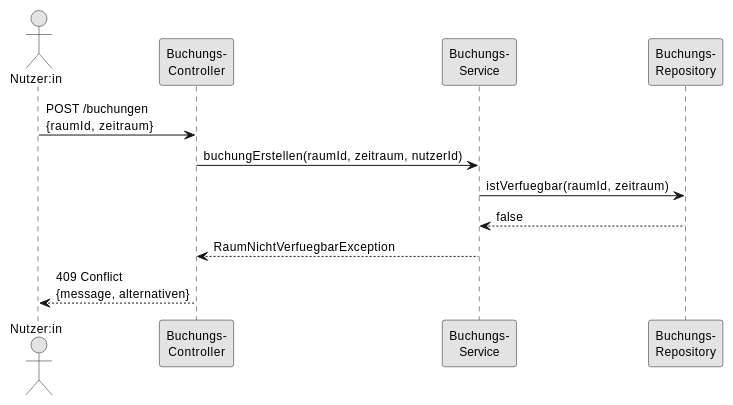
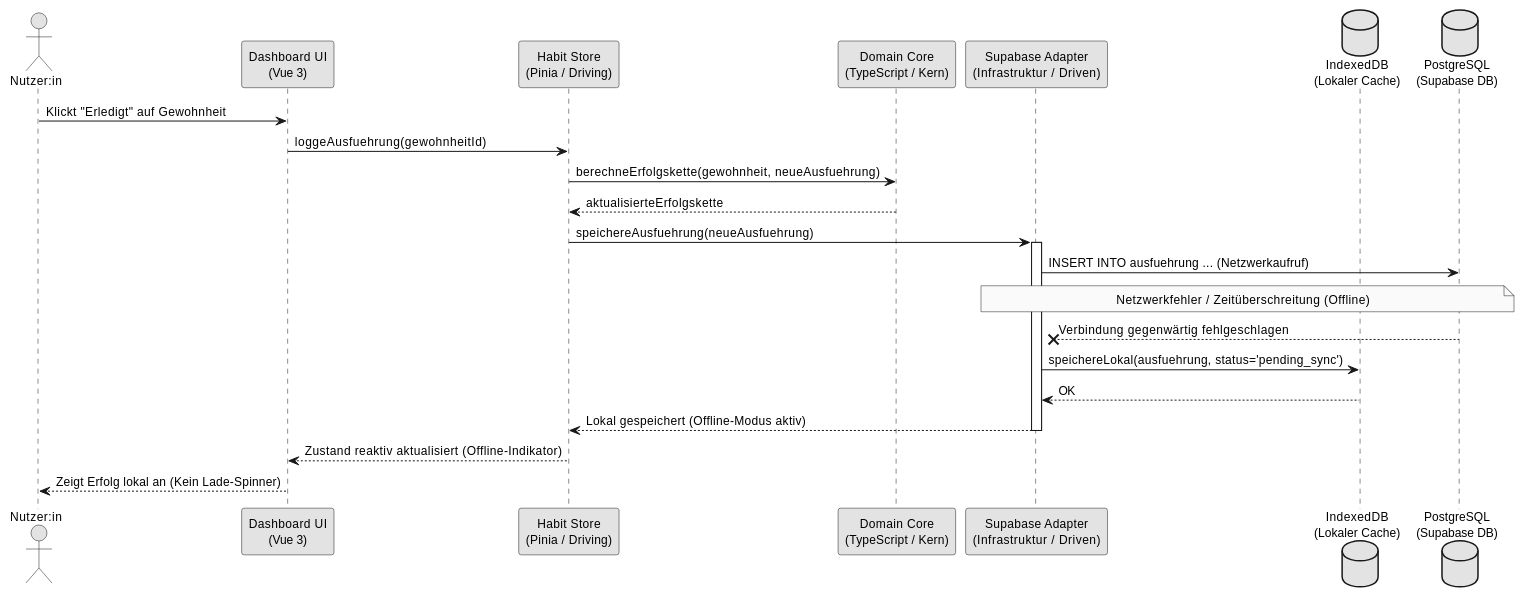
The fourth of 5 diagrams in docs/technical/design.adoc (stttxxnn/se1-habittracker), drawn with PlantUML before and after one commit. The commit also changed other lines of this file and 4 other files, not shown here.

Commit message:
docs: aktualisieren und korrigieren vom  product concept and technical architecture for walking skeleton

```diff
--- a/docs/technical/design.adoc
+++ b/docs/technical/design.adoc
@@ -217,20 +192,32 @@
-[plantuml, sequence-conflict, svg]
+[plantuml, sequence-logging-offline, svg]
 ....
 @startuml
 skinparam monochrome true
 skinparam defaultFontSize 12
 
 actor "Nutzer:in" as user
-participant "Buchungs-\nController" as ctrl
-participant "Buchungs-\nService" as svc
-participant "Buchungs-\nRepository" as repo
+participant "Dashboard UI\n(Vue 3)" as ui
+participant "Habit Store\n(Pinia / Driving)" as store
+participant "Domain Core\n(TypeScript / Kern)" as domain
+participant "Supabase Adapter\n(Infrastruktur / Driven)" as adapter
+database "IndexedDB\n(Lokaler Cache)" as cache
+database "PostgreSQL\n(Supabase DB)" as db
 
-user -> ctrl : POST /buchungen\n{raumId, zeitraum}
-ctrl -> svc : buchungErstellen(raumId, zeitraum, nutzerId)
-svc -> repo : istVerfuegbar(raumId, zeitraum)
-repo --> svc : false
-svc --> ctrl : RaumNichtVerfuegbarException
-ctrl --> user : 409 Conflict\n{message, alternativen}
+user -> ui : Klickt "Erledigt" auf Gewohnheit
+ui -> store : loggeAusfuehrung(gewohnheitId)
+store -> domain : berechneErfolgskette(gewohnheit, neueAusfuehrung)
+domain --> store : aktualisierteErfolgskette
+store -> adapter : speichereAusfuehrung(neueAusfuehrung)
+activate adapter
+adapter -> db : INSERT INTO ausfuehrung ... (Netzwerkaufruf)
+note over adapter, db : Netzwerkfehler / Zeitüberschreitung (Offline)
+db --X adapter : Verbindung gegenwärtig fehlgeschlagen
+adapter -> cache : speichereLokal(ausfuehrung, status='pending_sync')
+cache --> adapter : OK
+adapter --> store : Lokal gespeichert (Offline-Modus aktiv)
+deactivate adapter
+store --> ui : Zustand reaktiv aktualisiert (Offline-Indikator)
+ui --> user : Zeigt Erfolg lokal an (Kein Lade-Spinner)
 
 @enduml
 ....
```
